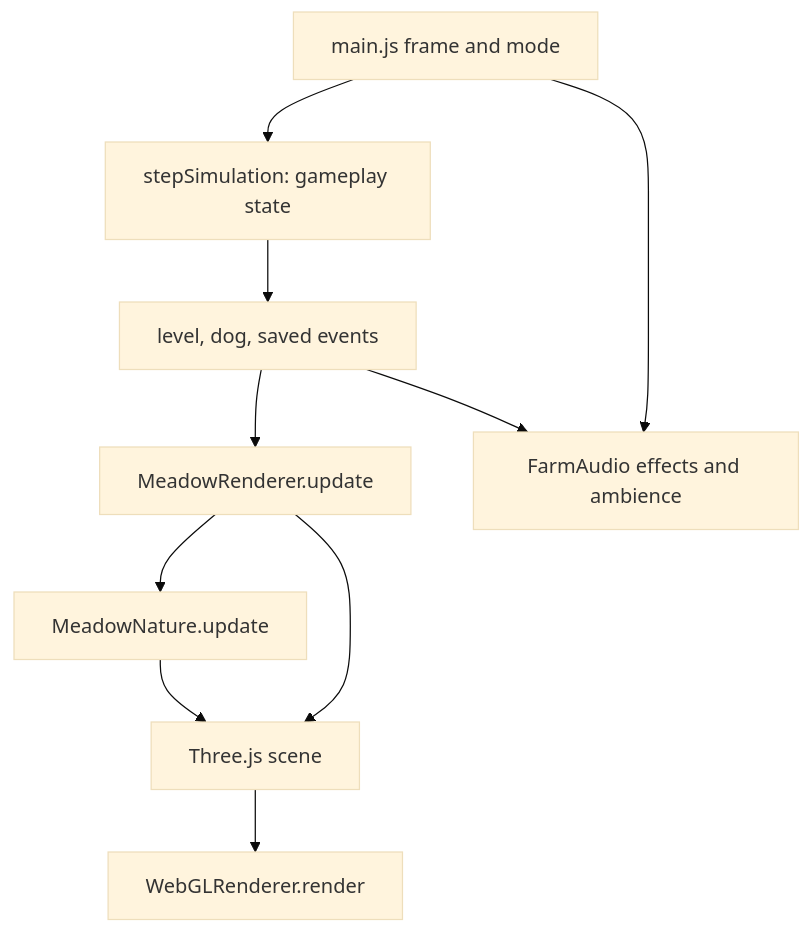
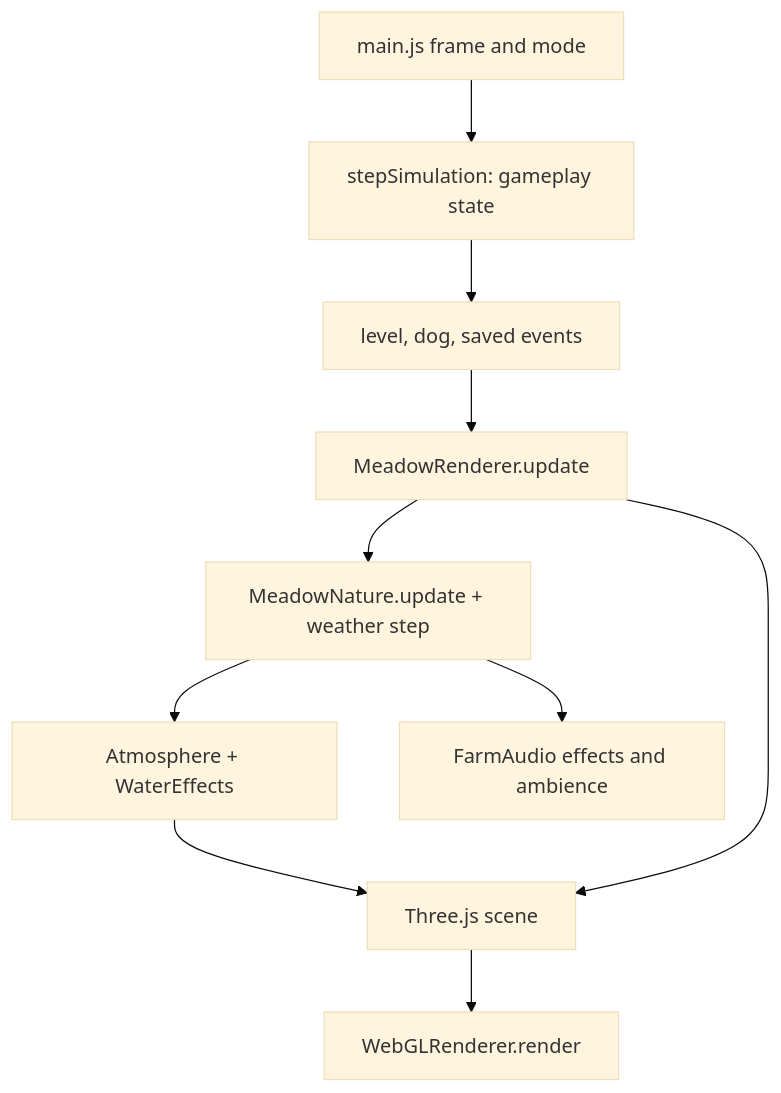
The first of 2 diagrams in docs/systems/PRESENTATION.md (novydhillon/Flock), drawn with Mermaid (base theme) before and after one commit. The commit also changed other lines of this file and 53 other files, not shown here.

````diff
--- a/docs/systems/PRESENTATION.md
+++ b/docs/systems/PRESENTATION.md
@@ -9,12 +9,12 @@
 ```mermaid
 flowchart TD
   Main["main.js frame and mode"] --> Sim["stepSimulation: gameplay state"]
   Sim --> State["level, dog, saved events"]
   State --> Renderer["MeadowRenderer.update"]
-  Renderer --> Nature["MeadowNature.update"]
-  Nature --> Scene["Three.js scene"]
+  Renderer --> Nature["MeadowNature.update + weather step"]
+  Nature --> Atmosphere["Atmosphere + WaterEffects"]
+  Atmosphere --> Scene["Three.js scene"]
   Renderer --> Scene
   Scene --> GPU["WebGLRenderer.render"]
-  State --> Audio["FarmAudio effects and ambience"]
-  Main --> Audio
+  Nature --> Audio["FarmAudio effects and ambience"]
 ```
````
